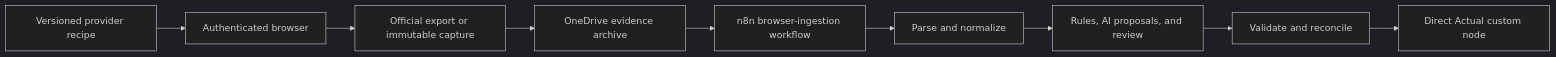
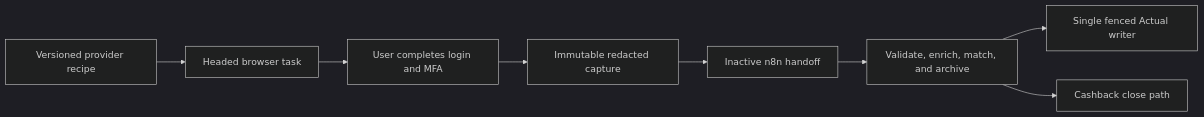
Before and after one commit to srobroek/finance-statement-tracker: the diagram in docs/browser-ingestion.md, drawn with Mermaid (dark theme). The commit also changed other lines of this file and 17 other files, not shown here.

Commit message:
feat(browser): enforce headed capture handoff boundary

````diff
--- a/docs/browser-ingestion.md
+++ b/docs/browser-ingestion.md
@@ -7,11 +7,10 @@
 ```mermaid
 flowchart LR
-    R["Versioned provider recipe"] --> B["Authenticated browser"]
-    B --> A["Official export or immutable capture"]
-    A --> O["OneDrive evidence archive"]
-    O --> N["n8n browser-ingestion workflow"]
-    N --> P["Parse and normalize"]
-    P --> G["Rules, AI proposals, and review"]
-    G --> V["Validate and reconcile"]
-    V --> X["Direct Actual custom node"]
+    R["Versioned provider recipe"] --> B["Headed browser task"]
+    B --> U["User completes login and MFA"]
+    U --> C["Immutable redacted capture"]
+    C --> N["Inactive n8n handoff"]
+    N --> A["Validate, enrich, match, and archive"]
+    A --> W["Single fenced Actual writer"]
+    A --> K["Cashback close path"]
 ```
````
